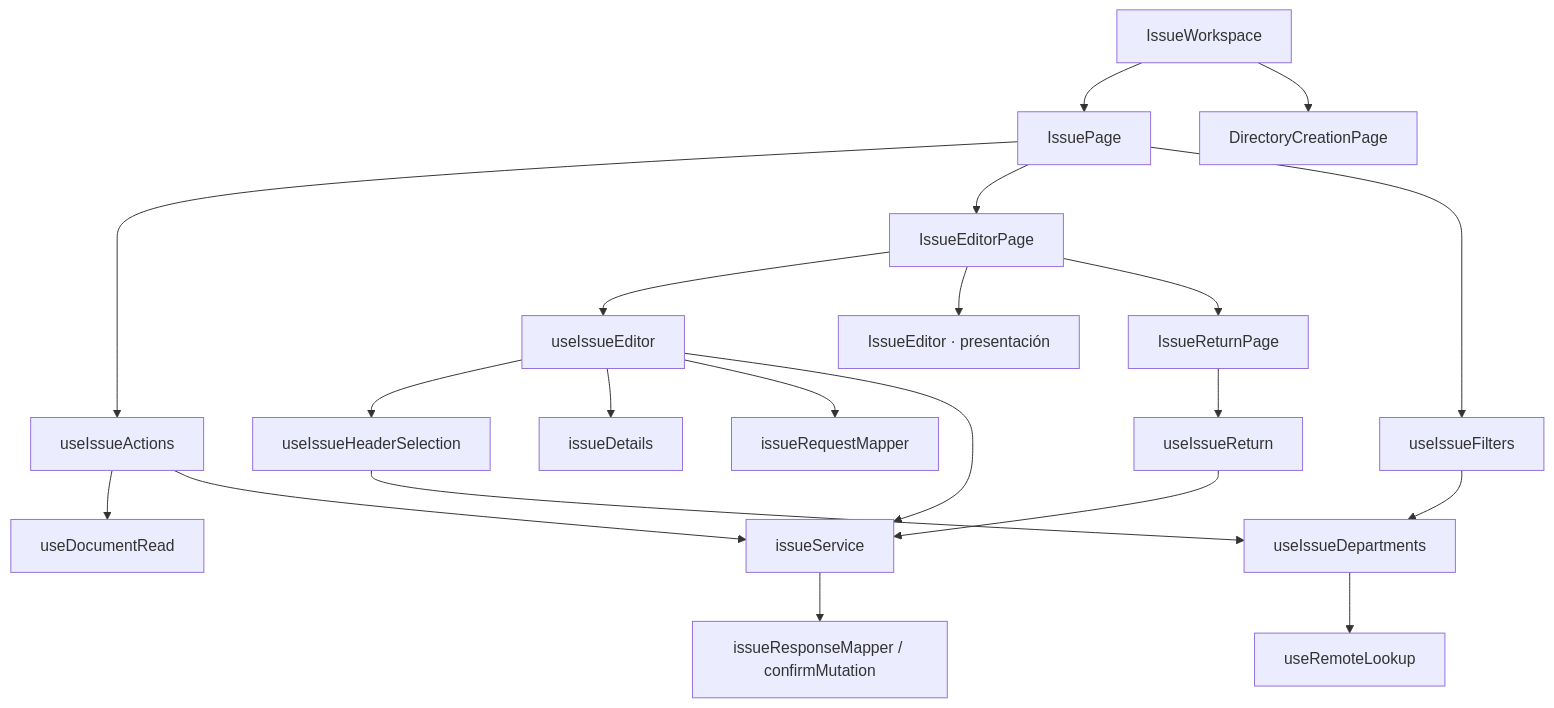
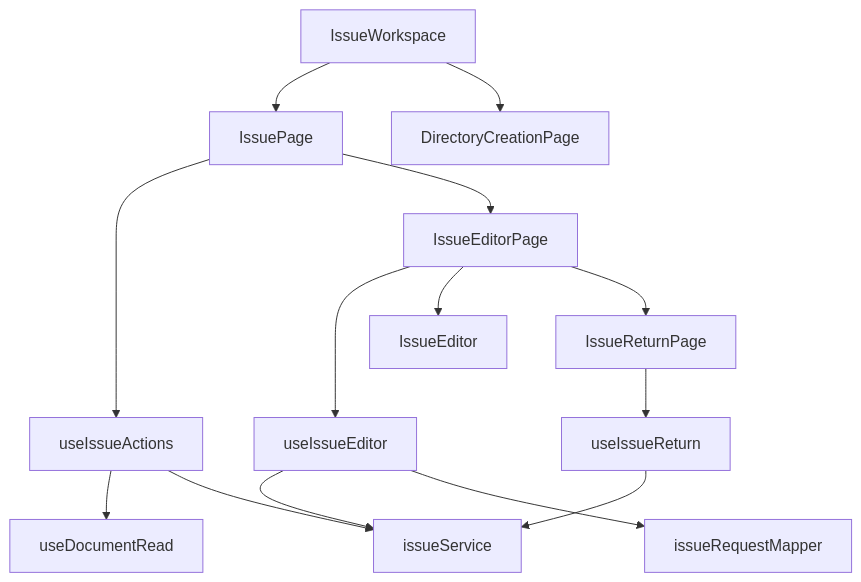
One commit to gpgsistemas01/nexus changed the first of 2 diagrams in front/docs/architecture/views/logical/components/07-issues.md. Above: the diagram before and after it, drawn with Mermaid. The commit also changed other lines of this file and 158 other files, not shown here.

````diff
--- a/front/docs/architecture/views/logical/components/07-issues.md
+++ b/front/docs/architecture/views/logical/components/07-issues.md
@@ -9,23 +7,28 @@
 ```mermaid
 flowchart TB
-    workspace["IssueWorkspace"] --> page["IssuePage"]
-    workspace --> client["DirectoryCreationPage"]
-    page --> actions["useIssueActions"]
-    actions --> read["useDocumentRead"]
-    page --> editorPage["IssueEditorPage"]
-    editorPage --> editor["useIssueEditor"]
-    editorPage --> view["IssueEditor · presentación"]
-    editorPage --> returnPage["IssueReturnPage"]
-    returnPage --> returns["useIssueReturn"]
-    editor --> header["useIssueHeaderSelection"]
-    page --> filters["useIssueFilters"]
-    header --> departments["useIssueDepartments"]
-    filters --> departments
-    departments --> lookup["useRemoteLookup"]
-    editor --> draft["issueDetails"]
-    editor --> mapper["issueRequestMapper"]
-    editor --> service["issueService"]
+    workspace["IssueWorkspace"]
+    page["IssuePage"]
+    client["DirectoryCreationPage"]
+    actions["useIssueActions"]
+    read["useDocumentRead"]
+    editorPage["IssueEditorPage"]
+    editor["useIssueEditor"]
+    form["IssueEditor"]
+    returnPage["IssueReturnPage"]
+    returns["useIssueReturn"]
+    service["issueService"]
+    mapper["issueRequestMapper"]
+    workspace --> page
+    workspace --> client
+    page --> actions
+    page --> editorPage
+    actions --> read
+    actions --> service
+    editorPage --> editor
+    editorPage --> form
+    editorPage --> returnPage
+    returnPage --> returns
+    editor --> service
+    editor --> mapper
     returns --> service
-    actions --> service
-    service --> response["issueResponseMapper / confirmMutation"]
 ```
````
